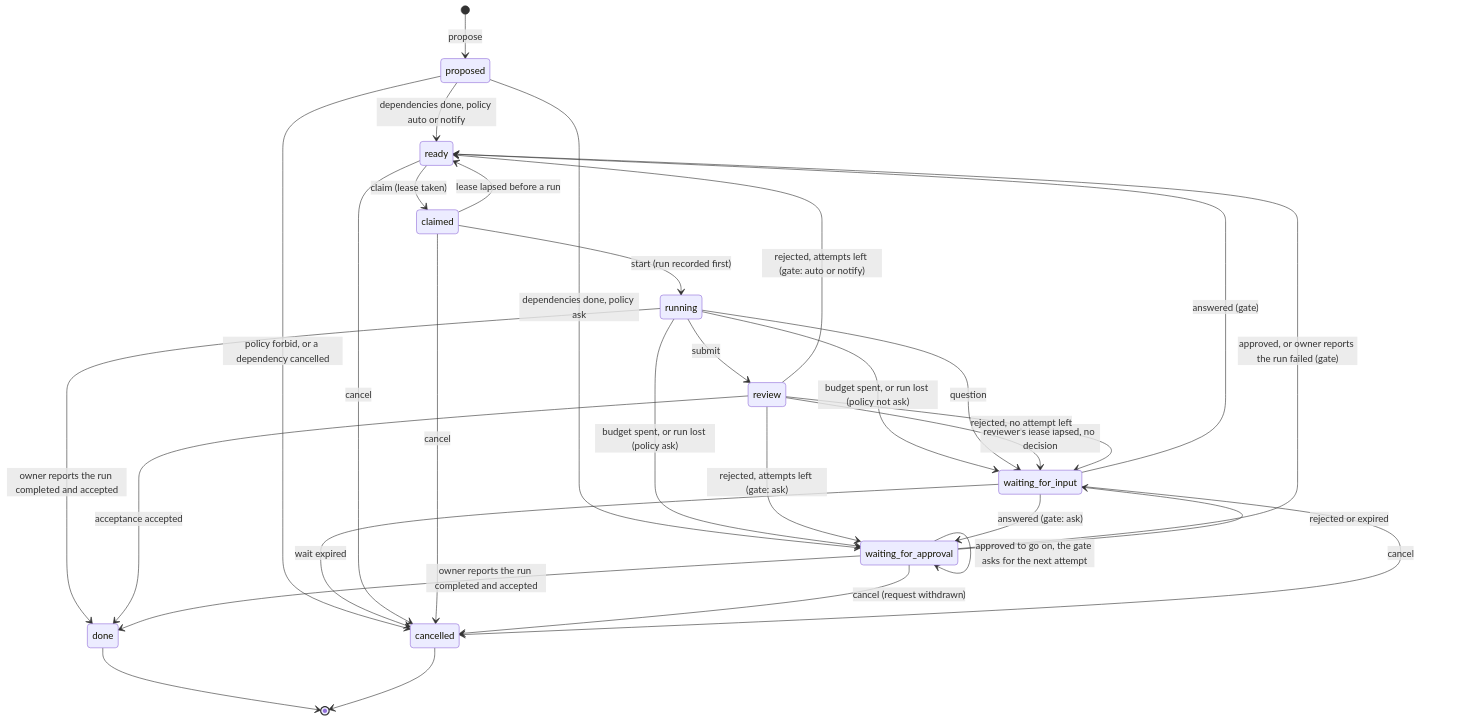
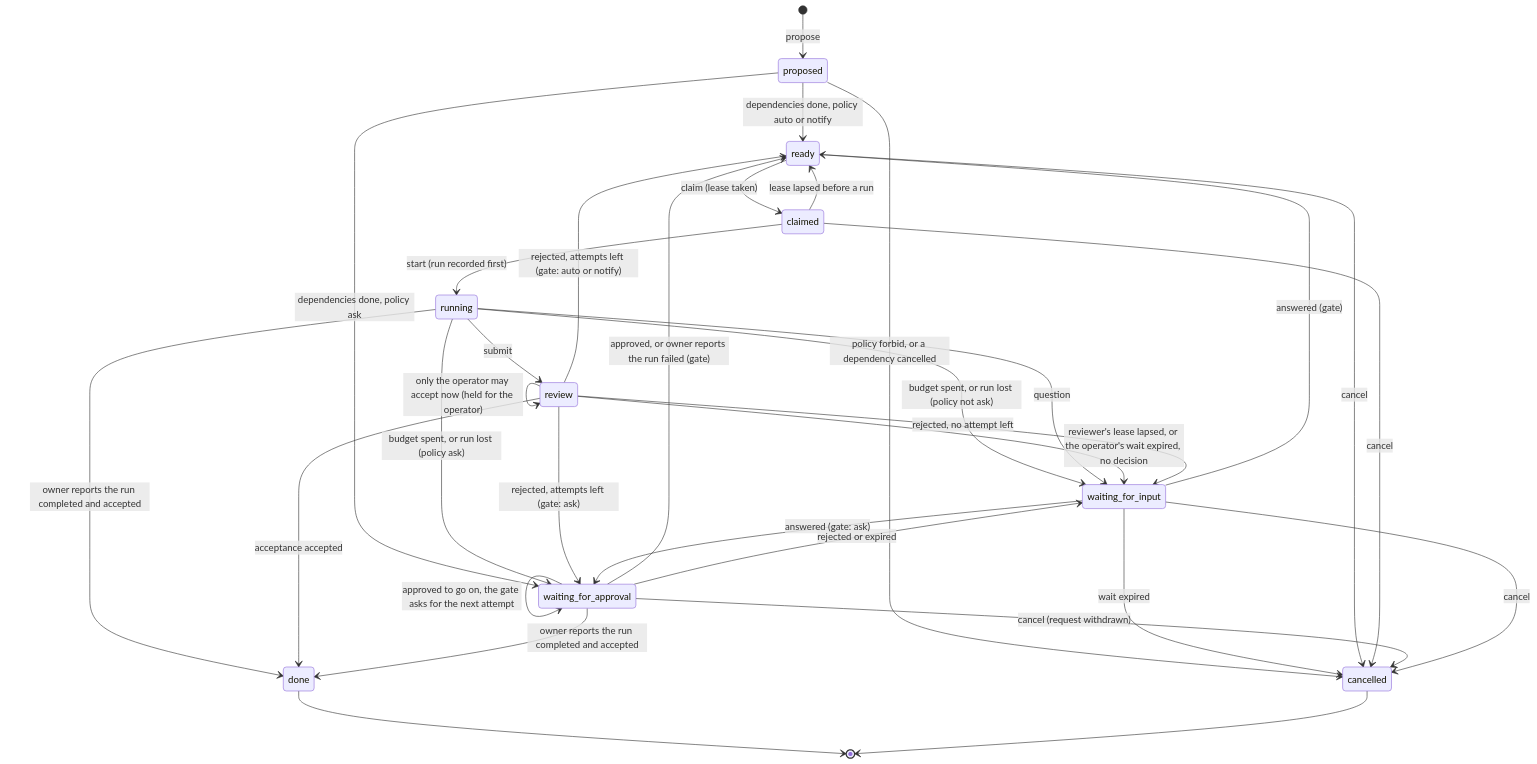
Before and after one commit to tsuuanmi/system: the second of 2 diagrams in docs/design/board.md, drawn with Mermaid. The commit also changed other lines of this file and 20 other files, not shown here.

````diff
--- a/docs/design/board.md
+++ b/docs/design/board.md
@@ -81,33 +80,34 @@
 ```mermaid
 stateDiagram-v2
   [*] --> proposed: propose
   proposed --> ready: dependencies done, policy auto or notify
   proposed --> waiting_for_approval: dependencies done, policy ask
   proposed --> cancelled: policy forbid, or a dependency cancelled
   ready --> claimed: claim (lease taken)
   claimed --> ready: lease lapsed before a run
   claimed --> running: start (run recorded first)
   running --> review: submit
   running --> waiting_for_approval: budget spent, or run lost (policy ask)
   running --> waiting_for_input: budget spent, or run lost (policy not ask)
   running --> waiting_for_input: question
   running --> done: owner reports the run completed and accepted
   review --> done: acceptance accepted
-  review --> waiting_for_input: reviewer's lease lapsed, no decision
+  review --> review: only the operator may accept now (held for the operator)
+  review --> waiting_for_input: reviewer's lease lapsed, or the operator's wait expired, no decision
   review --> ready: rejected, attempts left (gate: auto or notify)
   review --> waiting_for_approval: rejected, attempts left (gate: ask)
   review --> waiting_for_input: rejected, no attempt left
   waiting_for_approval --> ready: approved, or owner reports the run failed (gate)
   waiting_for_approval --> waiting_for_approval: approved to go on, the gate asks for the next attempt
   waiting_for_approval --> done: owner reports the run completed and accepted
   waiting_for_approval --> waiting_for_input: rejected or expired
   waiting_for_input --> ready: answered (gate)
   waiting_for_input --> waiting_for_approval: answered (gate: ask)
   waiting_for_input --> cancelled: wait expired
   ready --> cancelled: cancel
   claimed --> cancelled: cancel
   waiting_for_approval --> cancelled: cancel (request withdrawn)
   waiting_for_input --> cancelled: cancel
   done --> [*]
   cancelled --> [*]
 ```
````
